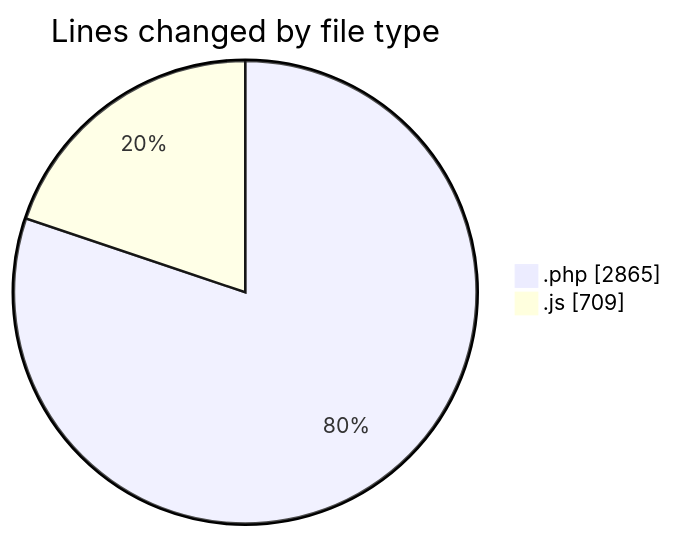
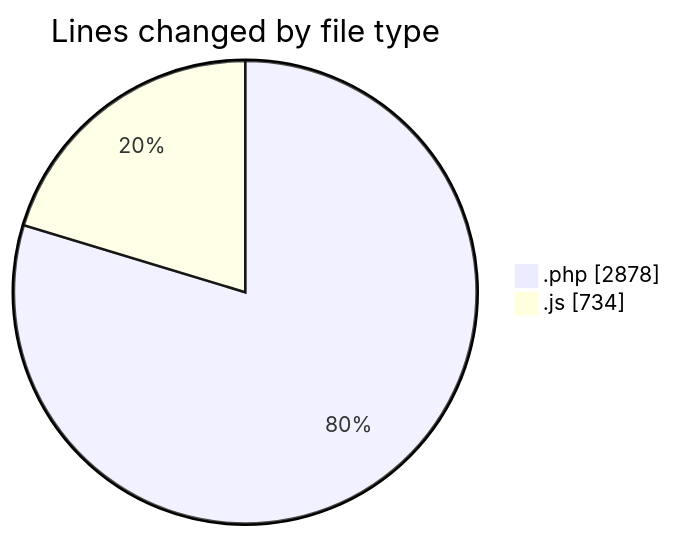
The first of 2 diagrams in 2026-10-20/untitled__workspace_/README.md (debugP/code-tracking), drawn with Mermaid before and after one commit. The commit also changed other lines of this file and 1 other file, not shown here.

````diff
--- a/2026-10-20/untitled__workspace_/README.md
+++ b/2026-10-20/untitled__workspace_/README.md
@@ -21,6 +21,6 @@
 ```mermaid
 pie showData
 title Lines changed by file type
-".php" : 2865
-".js" : 709
+".php" : 2878
+".js" : 734
 ```
````
